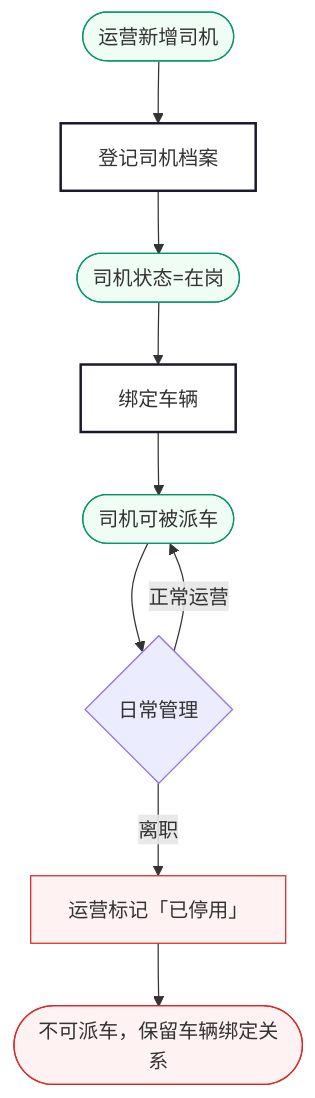
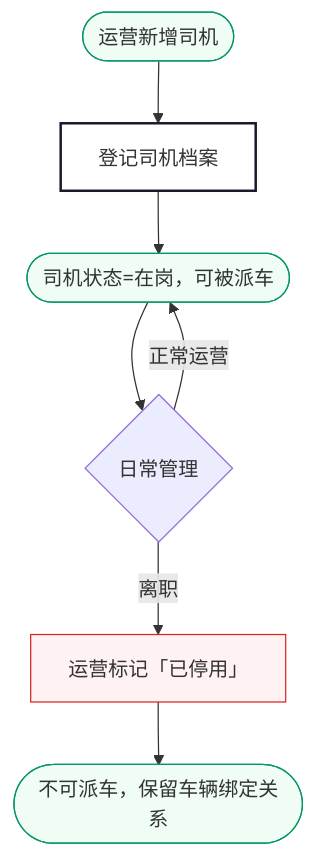
One commit to klayhuzhenx/zunchuxing changed the fifth of 6 diagrams in 运营端需求规格说明.md. Above: the diagram before and after it, drawn with Mermaid. The commit also changed other lines of this file and 84 other files, not shown here.

````diff
--- a/运营端需求规格说明.md
+++ b/运营端需求规格说明.md
@@ -1386,18 +1254,16 @@
 ```mermaid
 graph TD
     A(["运营新增司机"]) --> B["登记司机档案"]
-    B --> C(["司机状态=在岗"])
-    C --> D["绑定车辆"]
-    D --> E(["司机可被派车"])
-    E --> F{"日常管理"}
-    F --> |"正常运营"| E
-    F --> |"离职"| G["运营标记「已停用」"]
-    G --> H(["不可派车，保留车辆绑定关系"])
+    B --> C(["司机状态=在岗，可被派车"])
+    C --> D{"日常管理"}
+    D --> |"正常运营"| C
+    D --> |"离职"| E["运营标记「已停用」"]
+    E --> F(["不可派车，保留车辆绑定关系"])
 
     classDef step fill:#fff,stroke:#1a1a2e,stroke-width:2px
     classDef terminal fill:#f0fdf4,stroke:#059669
     classDef warn fill:#fef2f2,stroke:#dc2626
-    class B,D step
-    class A,C,E terminal
-    class G,H warn
+    class B step
+    class A,C,F terminal
+    class E warn
 ```
````
